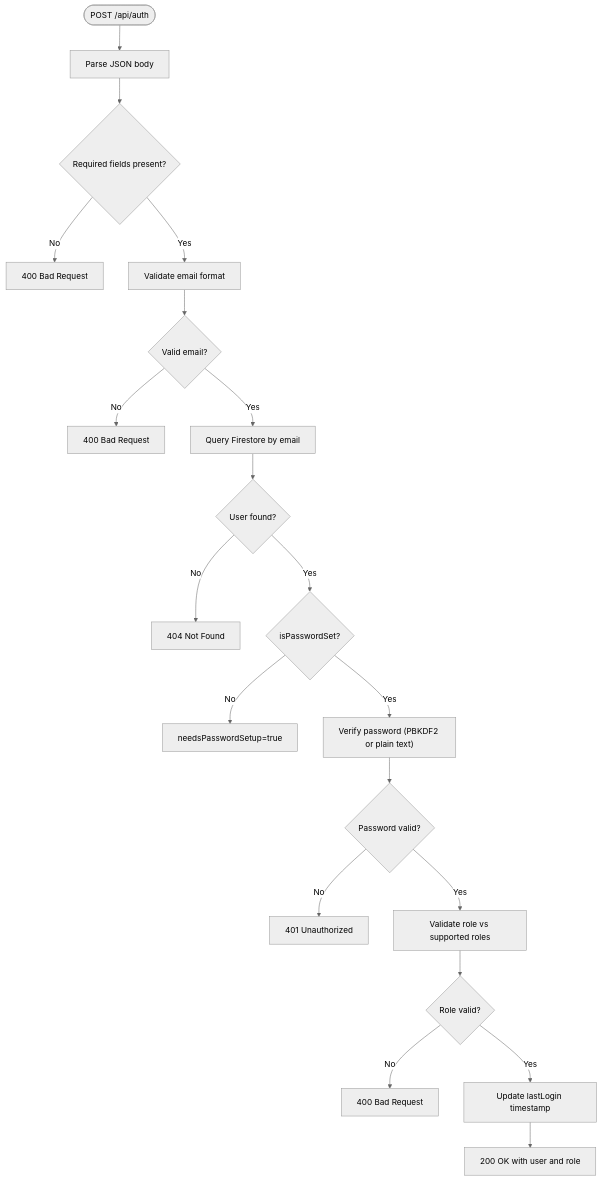
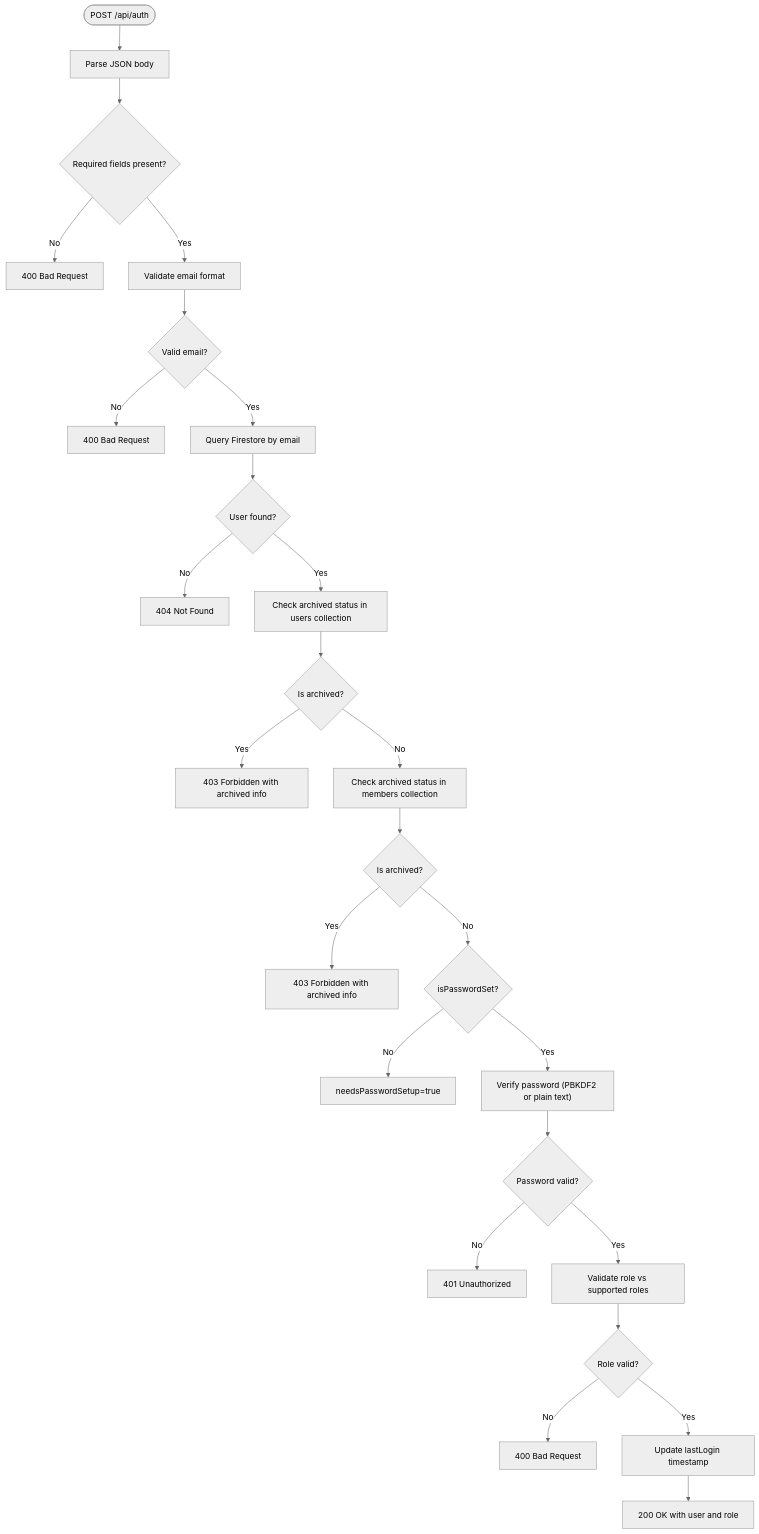
One commit to Unsure-bry/sampacoop_system changed the third of 4 diagrams in .qoder/repowiki/en/content/API Endpoints Reference/Authentication API.md. Above: the diagram before and after it, drawn with Mermaid (neutral theme). The commit also changed other lines of this file and 7 other files, not shown here.

````diff
--- a/.qoder/repowiki/en/content/API Endpoints Reference/Authentication API.md
+++ b/.qoder/repowiki/en/content/API Endpoints Reference/Authentication API.md
@@ -200,22 +219,28 @@
 ```mermaid
 flowchart TD
 Start(["POST /api/auth"]) --> Parse["Parse JSON body"]
 Parse --> ValidateReq{"Required fields present?"}
 ValidateReq --> |No| Err400a["400 Bad Request"]
 ValidateReq --> |Yes| ValidateEmail["Validate email format"]
 ValidateEmail --> EmailOK{"Valid email?"}
 EmailOK --> |No| Err400b["400 Bad Request"]
 EmailOK --> |Yes| QueryUser["Query Firestore by email"]
 QueryUser --> Found{"User found?"}
 Found --> |No| Err404["404 Not Found"]
-Found --> |Yes| CheckPwdSet{"isPasswordSet?"}
+Found --> |Yes| CheckArchivedUsers["Check archived status in users collection"]
+CheckArchivedUsers --> IsArchivedUsers{"Is archived?"}
+IsArchivedUsers --> |Yes| Err403Users["403 Forbidden with archived info"]
+IsArchivedUsers --> |No| CheckArchivedMembers["Check archived status in members collection"]
+CheckArchivedMembers --> IsArchivedMembers{"Is archived?"}
+IsArchivedMembers --> |Yes| Err403Members["403 Forbidden with archived info"]
+IsArchivedMembers --> |No| CheckPwdSet{"isPasswordSet?"}
 CheckPwdSet --> |No| NeedsSetup["needsPasswordSetup=true"]
 CheckPwdSet --> |Yes| VerifyPwd["Verify password (PBKDF2 or plain text)"]
 VerifyPwd --> PwdOK{"Password valid?"}
 PwdOK --> |No| Err401["401 Unauthorized"]
 PwdOK --> |Yes| ValidateRole["Validate role vs supported roles"]
 ValidateRole --> RoleOK{"Role valid?"}
 RoleOK --> |No| Err400c["400 Bad Request"]
 RoleOK --> |Yes| UpdateLastLogin["Update lastLogin timestamp"]
 UpdateLastLogin --> Done["200 OK with user and role"]
 ```
````
